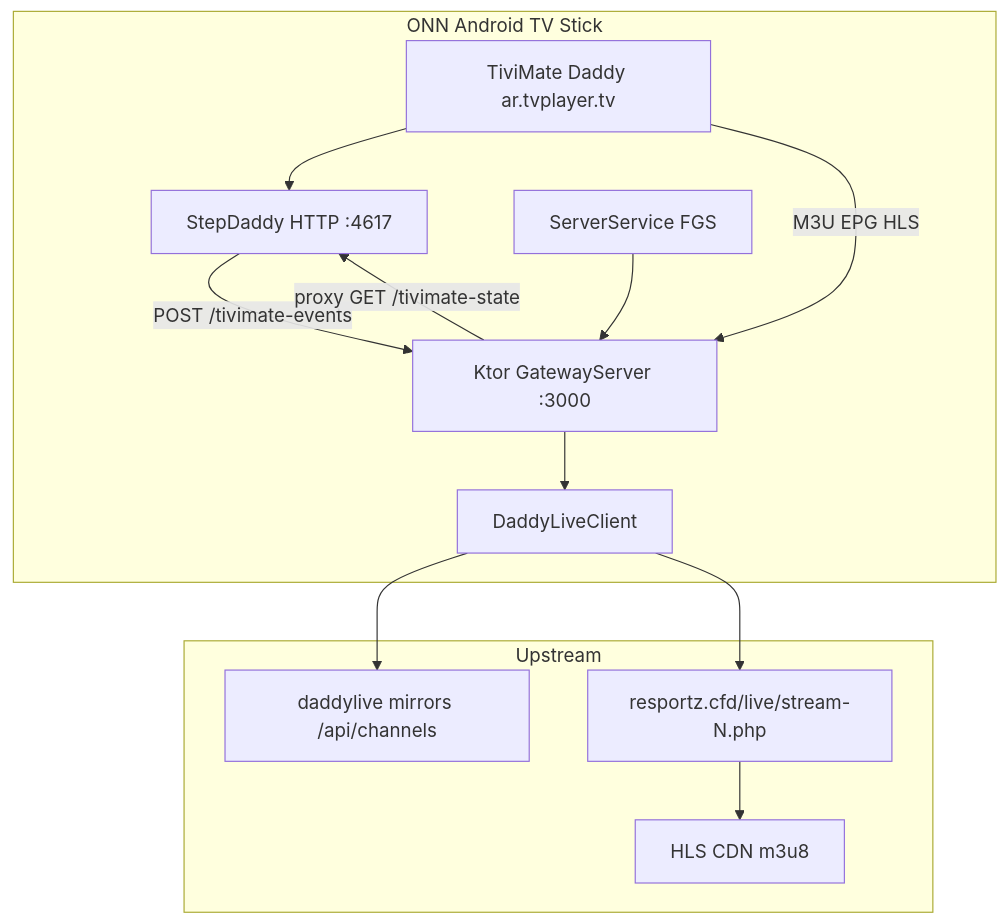
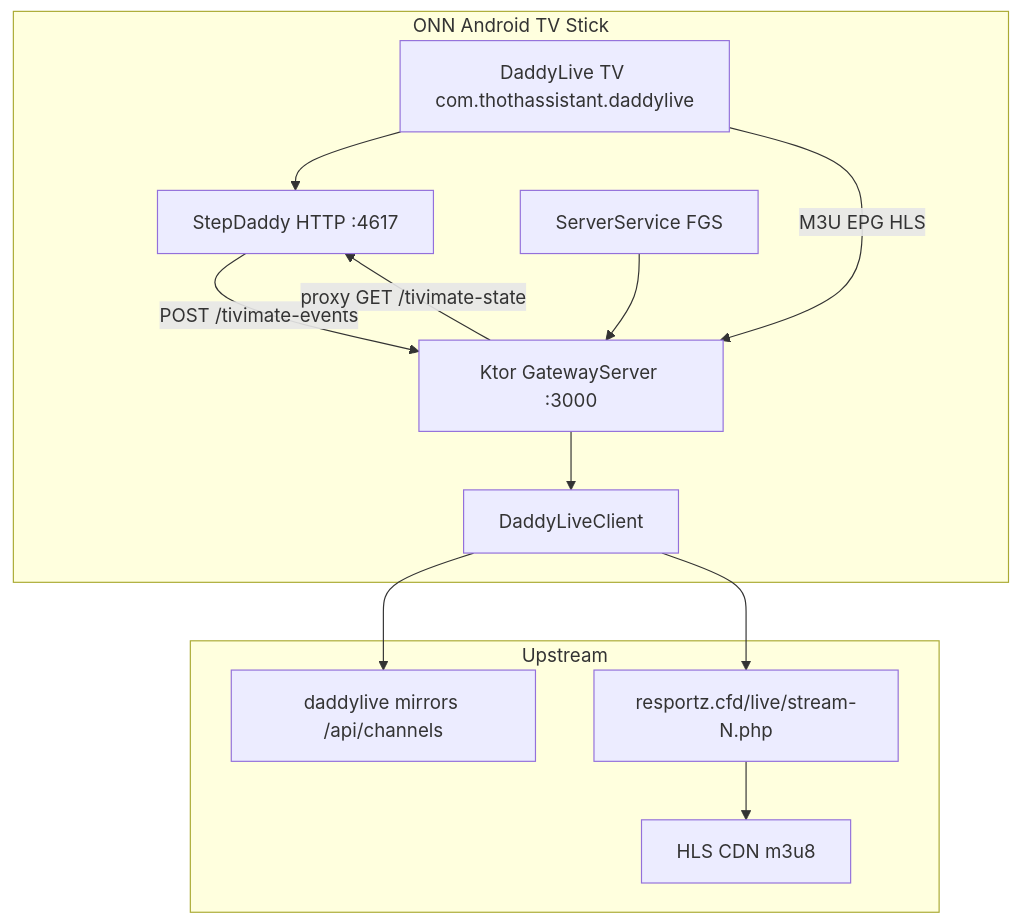
One commit to thothassistantai-web/stepdaddy-gateway-android changed the diagram in ARCHITECTURE.md. Above: the diagram before and after it, drawn with Mermaid. The commit also changed other lines of this file and 155 other files, not shown here.

````diff
--- a/ARCHITECTURE.md
+++ b/ARCHITECTURE.md
@@ -19,24 +19,24 @@
 ```mermaid
 flowchart TB
     subgraph device [ONN Android TV Stick]
-        TM[TiviMate Daddy ar.tvplayer.tv]
+        TM[DaddyLive TV com.thothassistant.daddylive]
         PatchHTTP[StepDaddy HTTP :4617]
         FGS[ServerService FGS]
         Ktor[Ktor GatewayServer :3000]
         DLC[DaddyLiveClient]
         TM --> PatchHTTP
         TM -->|M3U EPG HLS| Ktor
         PatchHTTP -->|POST /tivimate-events| Ktor
         Ktor -->|proxy GET /tivimate-state| PatchHTTP
         FGS --> Ktor
         Ktor --> DLC
     end
     subgraph upstream [Upstream]
         API[daddylive mirrors /api/channels]
         RZ[resportz.cfd/live/stream-N.php]
         CDN[HLS CDN m3u8]
     end
     DLC --> API
     DLC --> RZ
     RZ --> CDN
 ```
````
